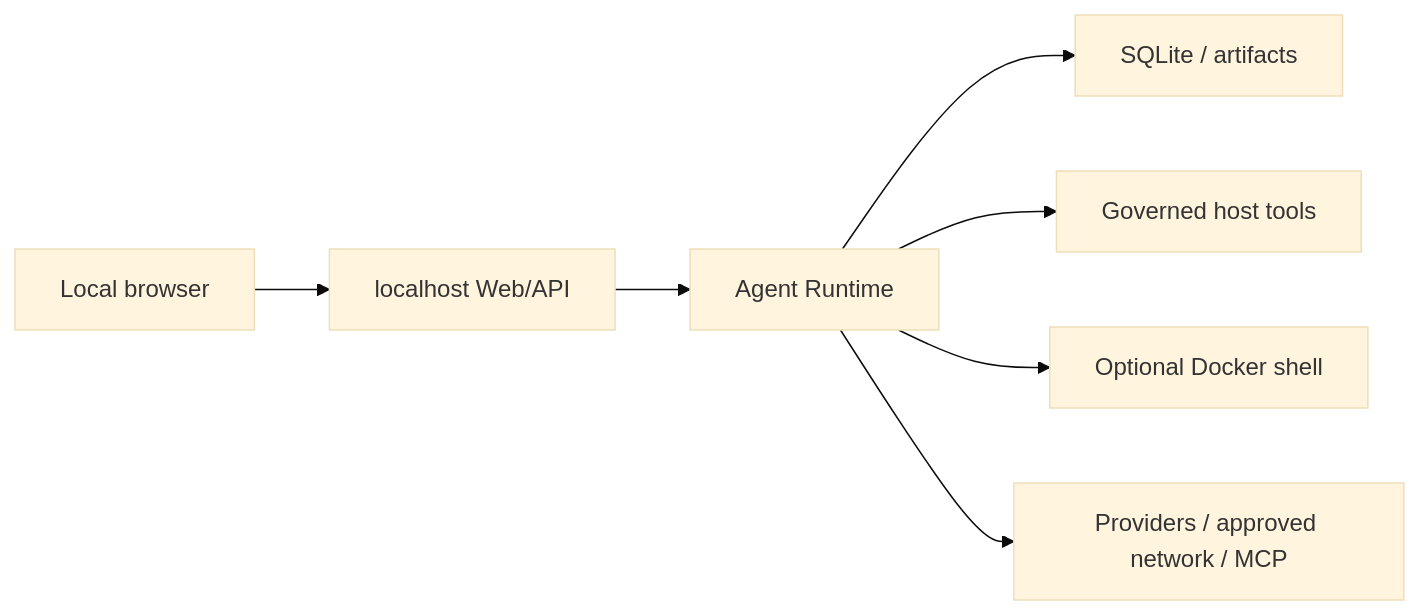
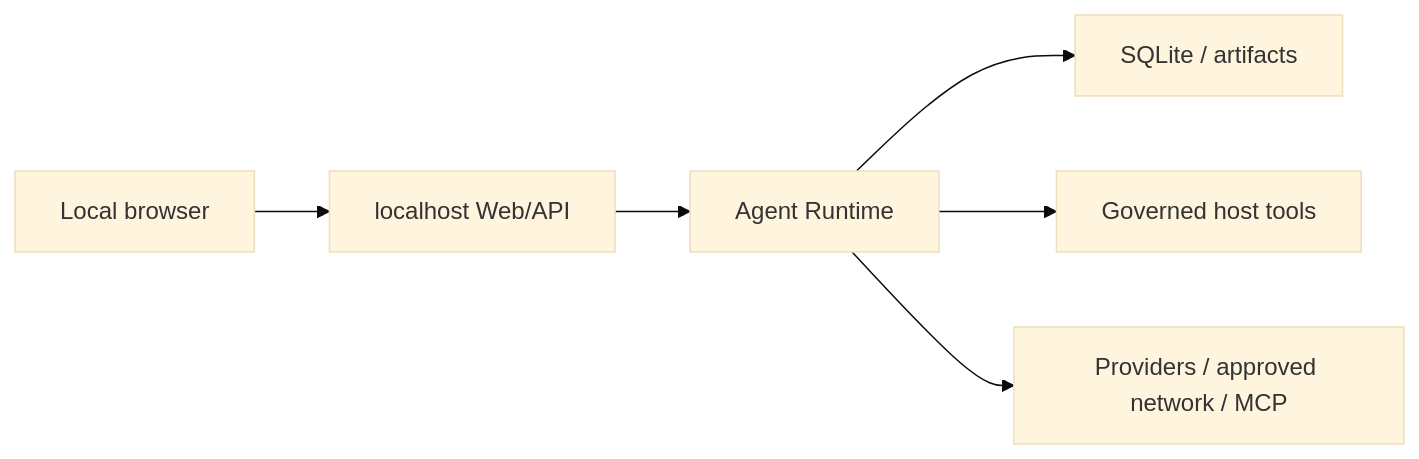
One commit to zxl666ab-sketch/agentharness changed the diagram in docs/threat-model.md. Above: the diagram before and after it, drawn with Mermaid (base theme). The commit also changed other lines of this file and 46 other files, not shown here.

````diff
--- a/docs/threat-model.md
+++ b/docs/threat-model.md
@@ -17,9 +17,8 @@
 ```mermaid
 flowchart LR
     U["Local browser"] --> API["localhost Web/API"]
     API --> R["Agent Runtime"]
     R --> DB["SQLite / artifacts"]
     R --> HOST["Governed host tools"]
-    R --> D["Optional Docker shell"]
     R --> EXT["Providers / approved network / MCP"]
 ```
````
